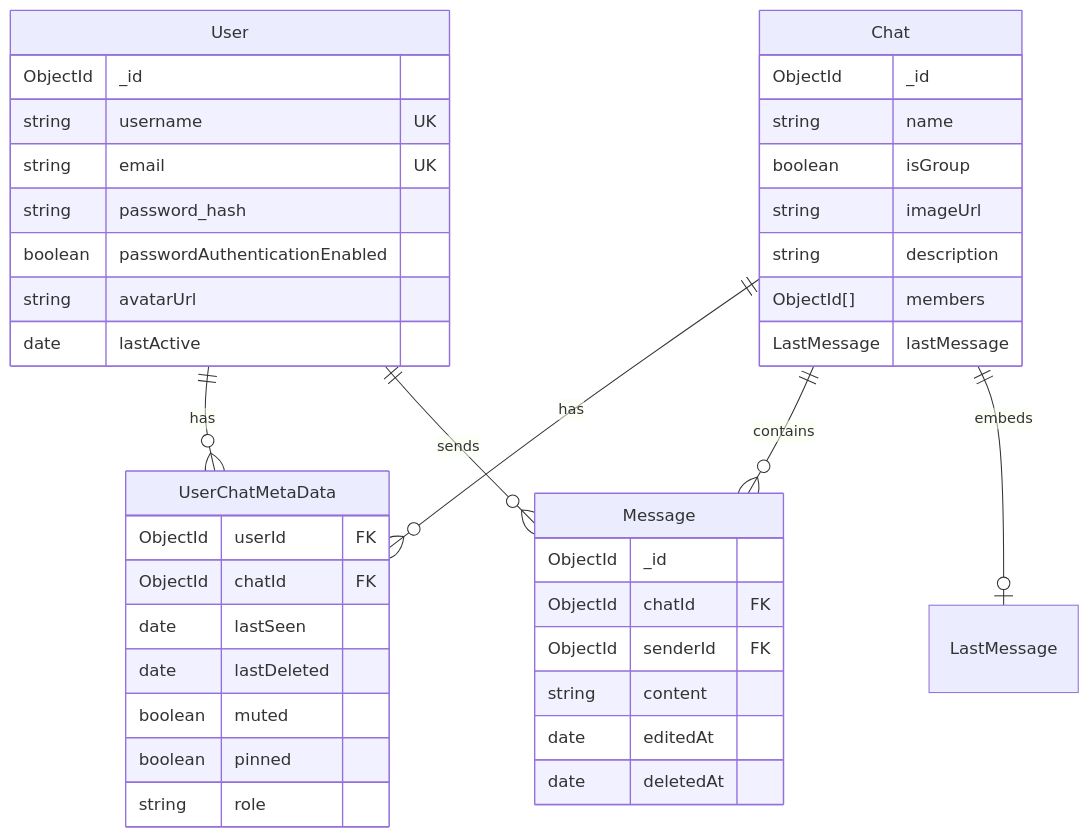
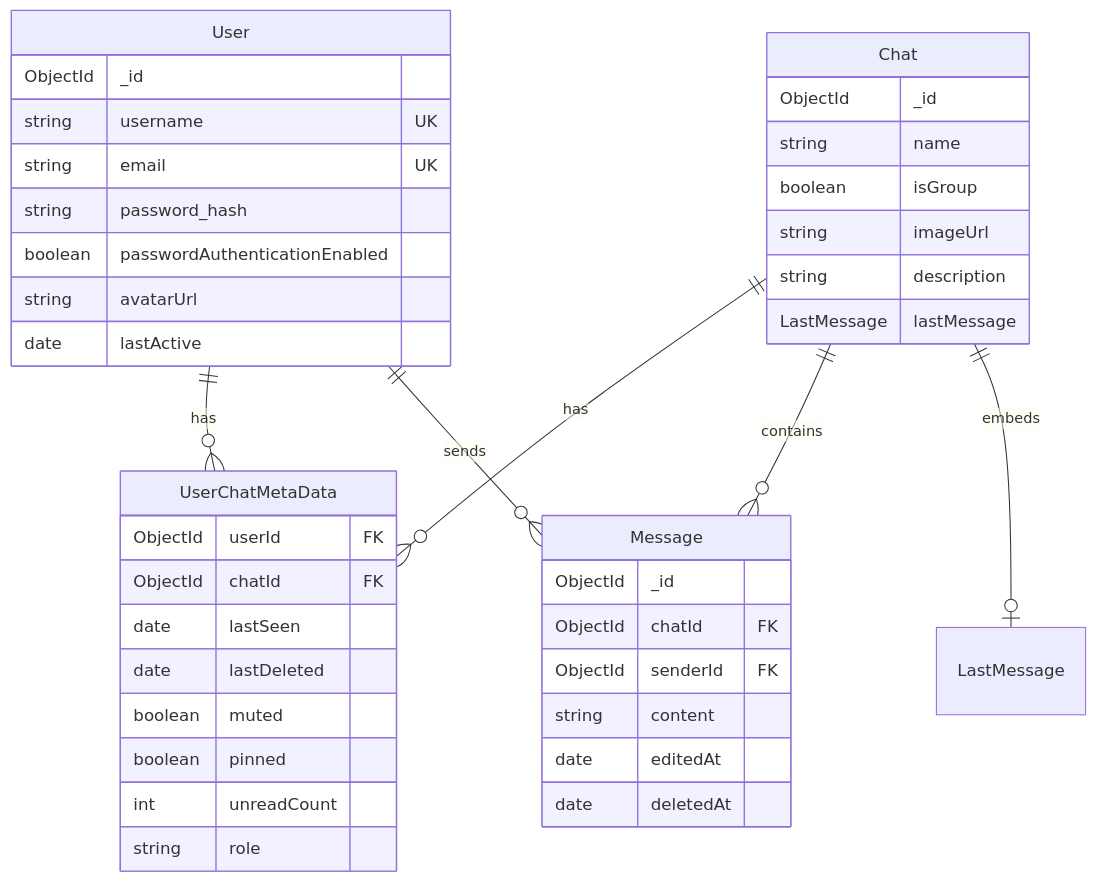
The diagram in docs/DATA_MODEL.md (vinayak-jaybhaye/crewchat), drawn with Mermaid before and after one commit. The commit also changed other lines of this file and 5 other files, not shown here.

Commit message:
docs: update deployment, architecture, and packages documentation

````diff
--- a/docs/DATA_MODEL.md
+++ b/docs/DATA_MODEL.md
@@ -9,47 +9,47 @@
 ```mermaid
 erDiagram
     User ||--o{ UserChatMetaData : "has"
     Chat ||--o{ UserChatMetaData : "has"
     Chat ||--o{ Message : "contains"
     User ||--o{ Message : "sends"
     Chat ||--o| LastMessage : "embeds"
 
     User {
         ObjectId _id
         string username UK
         string email UK
         string password_hash
         boolean passwordAuthenticationEnabled
         string avatarUrl
         date lastActive
     }
 
     Chat {
         ObjectId _id
         string name
         boolean isGroup
         string imageUrl
         string description
-        ObjectId[] members
         LastMessage lastMessage
     }
 
     Message {
         ObjectId _id
         ObjectId chatId FK
         ObjectId senderId FK
         string content
         date editedAt
         date deletedAt
     }
 
     UserChatMetaData {
         ObjectId userId FK
         ObjectId chatId FK
         date lastSeen
         date lastDeleted
         boolean muted
         boolean pinned
+        int unreadCount
         string role
     }
 ```
````
